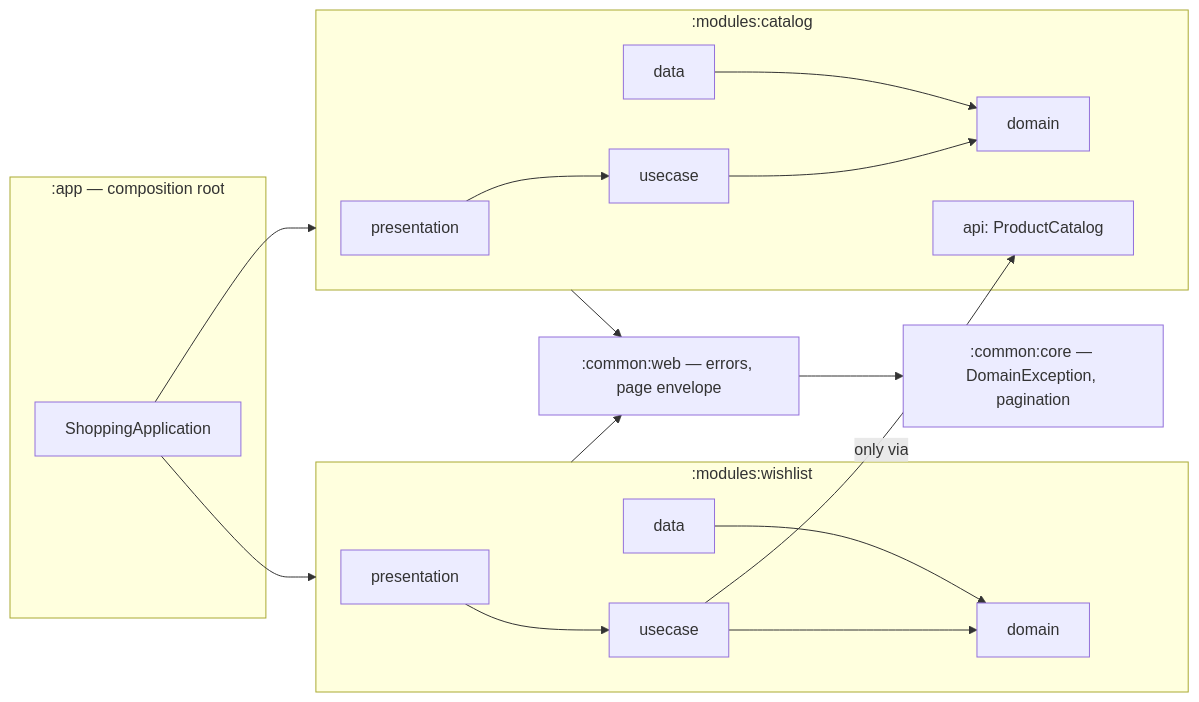
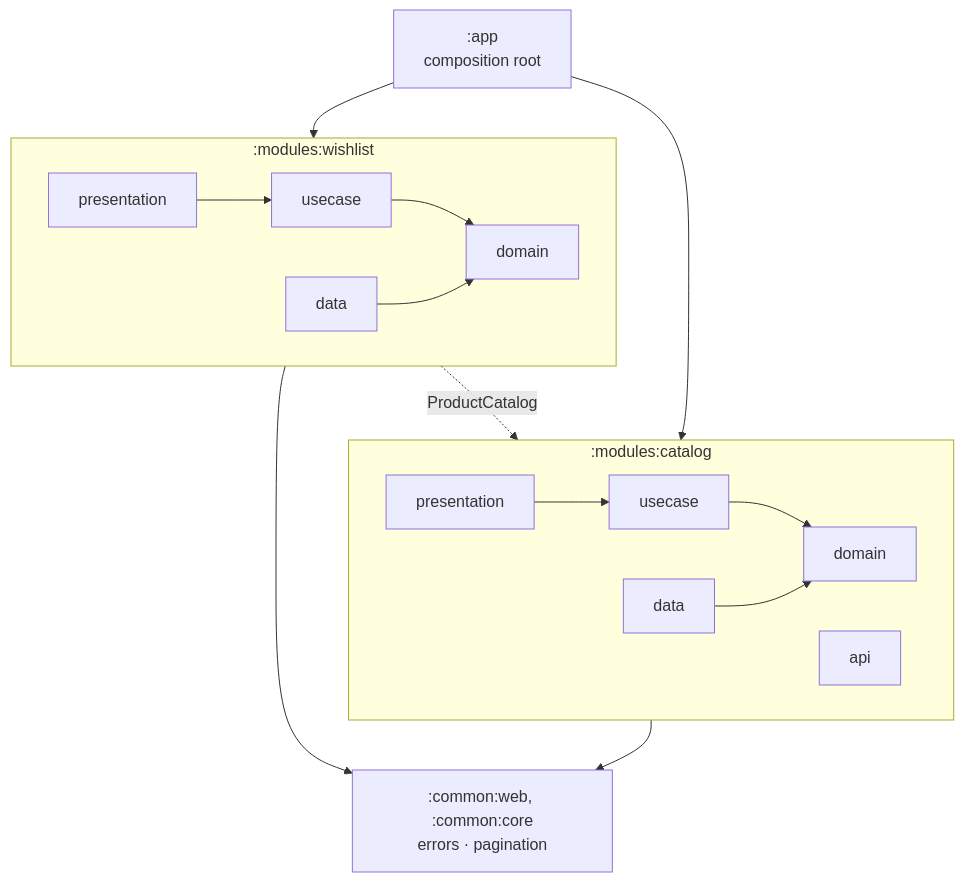
One commit to Ayodeji97/shopping-api changed the diagram in README.md. Above: the diagram before and after it, drawn with Mermaid. The commit also changed other lines of this file and 7 other files, not shown here.

Commit message:
docs: rewrite README around architecture, running and verification

````diff
--- a/README.md
+++ b/README.md
@@ -47,18 +24,17 @@
 ```mermaid
-flowchart LR
-    subgraph app[":app — composition root"]
-        main[ShoppingApplication]
-    end
+flowchart TB
+    app[":app<br/>composition root"] --> catalog & wishlist
     subgraph catalog[":modules:catalog"]
+        direction LR
         cp[presentation] --> cu[usecase] --> cd[domain]
         cdata[data] --> cd
-        capi[api: ProductCatalog]
+        capi[api]
     end
     subgraph wishlist[":modules:wishlist"]
+        direction LR
         wp[presentation] --> wu[usecase] --> wd[domain]
         wdata[data] --> wd
     end
-    wu -- "only via" --> capi
-    main --> catalog & wishlist
-    catalog & wishlist --> web[":common:web — errors, page envelope"] --> core[":common:core — DomainException, pagination"]
+    wu -. "ProductCatalog" .-> capi
+    catalog & wishlist --> common[":common:web, :common:core<br/>errors · pagination"]
 ```
````
